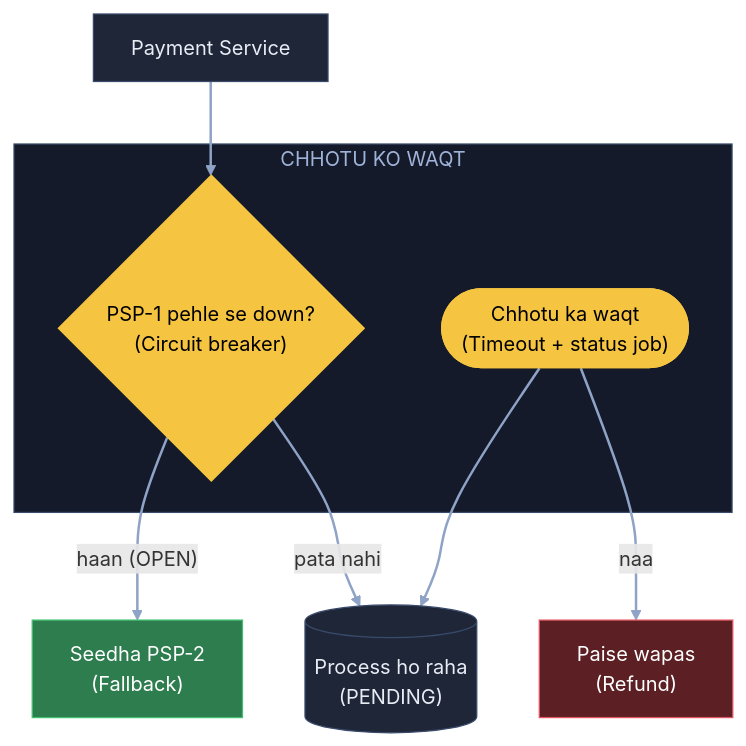
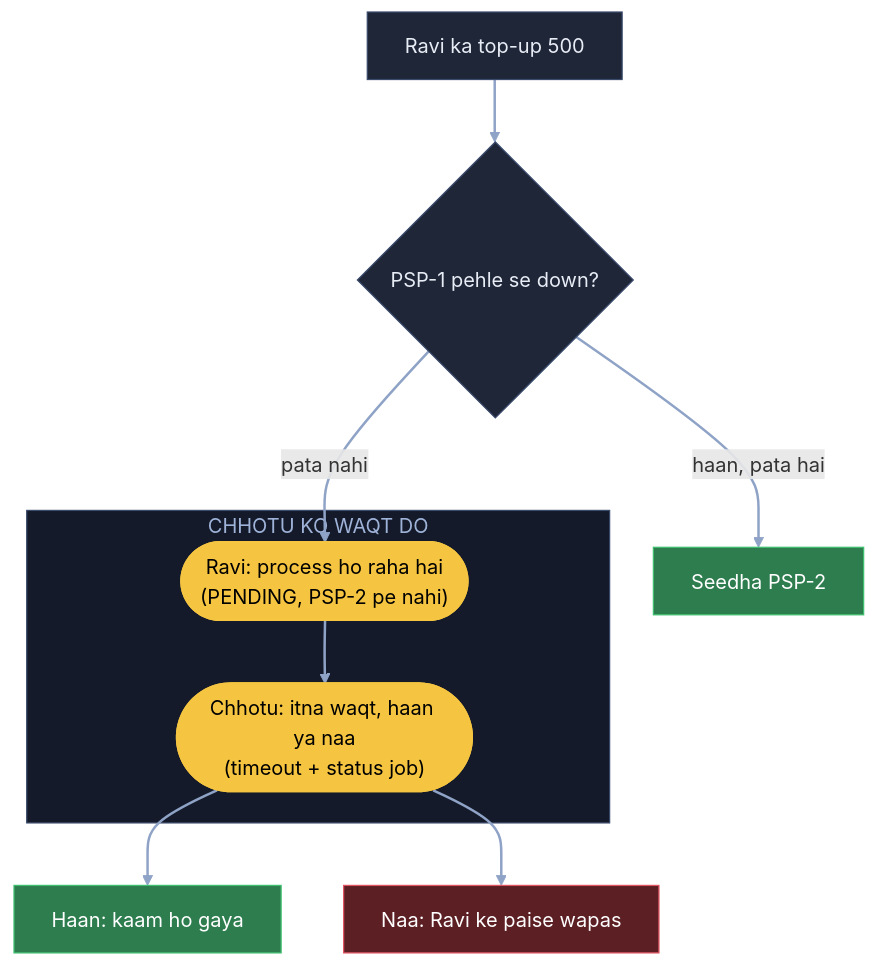
Before and after one commit to ArpanMaheshwari144/Prep: diagram 11 of 11 in 04_HLD/SYSTEM_DESIGNS/06_payment_system/06_payment_system.md, drawn with Mermaid. The commit also changed other lines of this file, not shown here.

Commit message:
Payment: 11 diagram hand notes ke shabdon se, K4 heading 'fallback tareeka'

````diff
--- a/04_HLD/SYSTEM_DESIGNS/06_payment_system/06_payment_system.md
+++ b/04_HLD/SYSTEM_DESIGNS/06_payment_system/06_payment_system.md
@@ -322,22 +329,24 @@
 ```mermaid
 flowchart TB
-    S["Payment Service"]:::card
-    subgraph CH["CHHOTU KO WAQT"]
-        CB{"PSP-1 pehle se down?<br/>(Circuit breaker)"}:::pill
-        J(["Chhotu ka waqt<br/>(Timeout + status job)"]):::pill
+    R["Ravi ka top-up 500"]:::card
+    CB{"PSP-1 pehle se down?"}:::card
+    P2["Seedha PSP-2"]:::good
+    subgraph CH["CHHOTU KO WAQT DO"]
+        PD(["Ravi: process ho raha hai<br/>(PENDING, PSP-2 pe nahi)"]):::pill
+        J(["Chhotu: itna waqt, haan ya naa<br/>(timeout + status job)"]):::pill
     end
-    P2["Seedha PSP-2<br/>(Fallback)"]:::good
-    PD[("Process ho raha<br/>(PENDING)")]:::card
-    R["Paise wapas<br/>(Refund)"]:::bad
-    S --> CB
-    CB -- "haan (OPEN)" --> P2
+    OK["Haan: kaam ho gaya"]:::good
+    NA["Naa: Ravi ke paise wapas"]:::bad
+    R --> CB
+    CB -- "haan, pata hai" --> P2
     CB -- "pata nahi" --> PD
-    J --> PD
-    J -- "naa" --> R
+    PD --> J
+    J --> OK
+    J --> NA
     linkStyle default stroke:#8fa3c7,stroke-width:2px
     classDef card fill:#1e2638,stroke:#3a4a6b,color:#e8ecf5
     classDef pill fill:#f5c542,stroke:#f5c542,color:#000
     classDef good fill:#2e7d4f,stroke:#3fbf6f,color:#fff
     classDef bad fill:#5c1f24,stroke:#e05561,color:#fff
     style CH fill:#141a29,stroke:#3a4a6b,color:#9fb3d9
 ```
````
